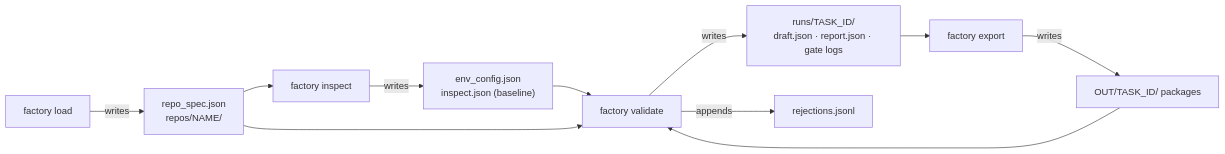
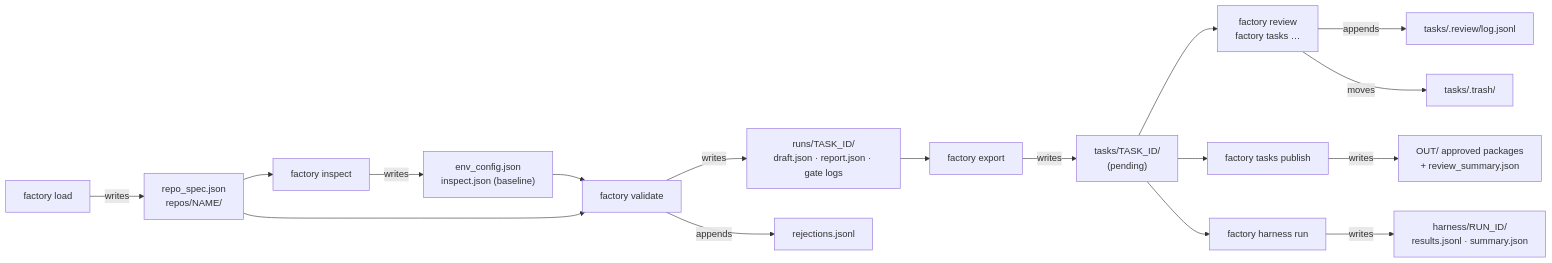
One commit to sreenivasivbieb/task-factory changed the third of 13 diagrams in docs/design.md. Above: the diagram before and after it, drawn with Mermaid. The commit also changed other lines of this file and 25 other files, not shown here.

First line of the commit message:
Human review, own tasks, coding harness and Harbor export

````diff
--- a/docs/design.md
+++ b/docs/design.md
@@ -158,13 +183,19 @@
 ```mermaid
 flowchart LR
     A["factory load"] -->|writes| RS["repo_spec.json<br/>repos/NAME/"]
     RS --> B["factory inspect"]
     B -->|writes| EC["env_config.json<br/>inspect.json (baseline)"]
     EC --> C["factory validate"]
     RS --> C
     C -->|writes| RUN["runs/TASK_ID/<br/>draft.json · report.json · gate logs"]
     C -->|appends| RJ["rejections.jsonl"]
     RUN --> D["factory export"]
-    D -->|writes| PK["OUT/TASK_ID/ packages"]
-    PK --> C
+    D -->|writes| ST["tasks/TASK_ID/<br/>(pending)"]
+    ST --> E["factory review<br/>factory tasks …"]
+    E -->|appends| LOG["tasks/.review/log.jsonl"]
+    E -->|moves| TR["tasks/.trash/"]
+    ST --> F["factory tasks publish"]
+    F -->|writes| PUB["OUT/ approved packages<br/>+ review_summary.json"]
+    ST --> G["factory harness run"]
+    G -->|writes| HR["harness/RUN_ID/<br/>results.jsonl · summary.json"]
 ```
````
